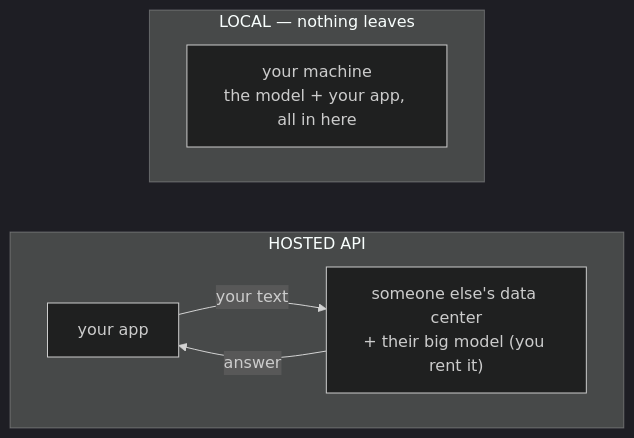
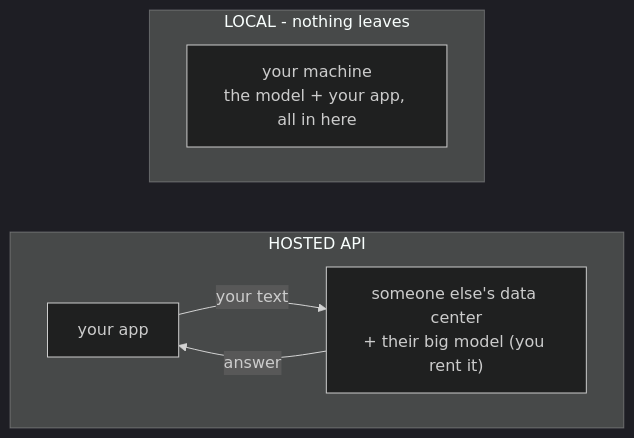
The diagram in guides/ai-ml/running-models-locally/01-why-run-locally.md (Topurrra/themissingmanual), drawn with Mermaid (dark theme) before and after one commit. The commit also changed other lines of this file and 1009 other files, not shown here.

````diff
--- a/guides/ai-ml/running-models-locally/01-why-run-locally.md
+++ b/guides/ai-ml/running-models-locally/01-why-run-locally.md
@@ -26,12 +26,12 @@
 ```mermaid
 flowchart LR
   subgraph Hosted["HOSTED API"]
     direction LR
     APP[your app] -->|your text| DC["someone else's data center<br/>+ their big model (you rent it)"]
     DC -->|answer| APP
   end
-  subgraph Local["LOCAL — nothing leaves"]
+  subgraph Local["LOCAL - nothing leaves"]
     direction LR
     M["your machine<br/>the model + your app, all in here"]
   end
 ```
````
